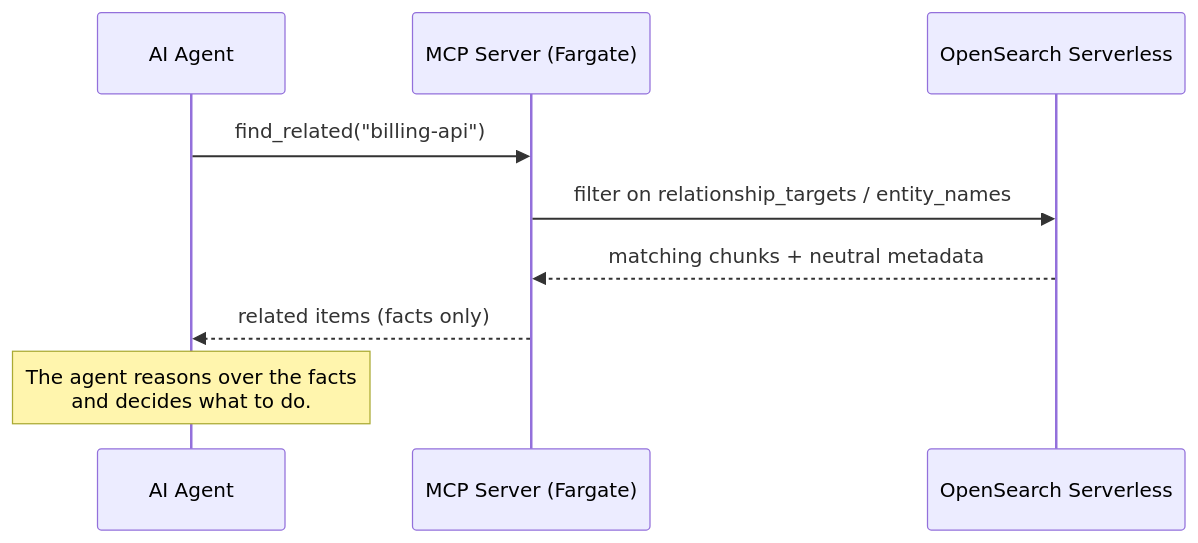
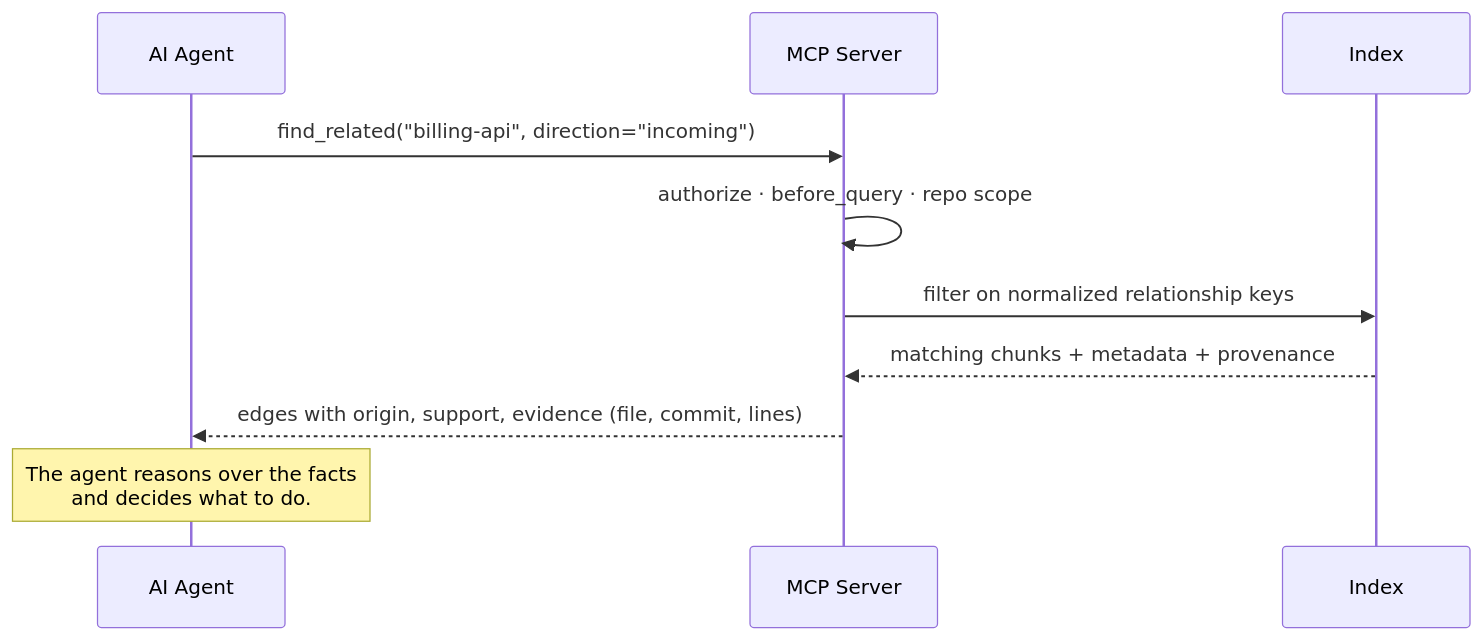
One commit to Senora-dev/aquifer-ai changed the second of 2 diagrams in docs/concepts.md. Above: the diagram before and after it, drawn with Mermaid. The commit also changed other lines of this file and 19 other files, not shown here.

````diff
--- a/docs/concepts.md
+++ b/docs/concepts.md
@@ -87,12 +128,13 @@
 ```mermaid
 sequenceDiagram
     participant AG as AI Agent
-    participant MCP as MCP Server (Fargate)
-    participant OS as OpenSearch Serverless
+    participant MCP as MCP Server
+    participant OS as Index
 
-    AG->>MCP: find_related("billing-api")
-    MCP->>OS: filter on relationship_targets / entity_names
-    OS-->>MCP: matching chunks + neutral metadata
-    MCP-->>AG: related items (facts only)
+    AG->>MCP: find_related("billing-api", direction="incoming")
+    MCP->>MCP: authorize · before_query · repo scope
+    MCP->>OS: filter on normalized relationship keys
+    OS-->>MCP: matching chunks + metadata + provenance
+    MCP-->>AG: edges with origin, support, evidence (file, commit, lines)
     Note over AG: The agent reasons over the facts<br/>and decides what to do.
 ```
````
